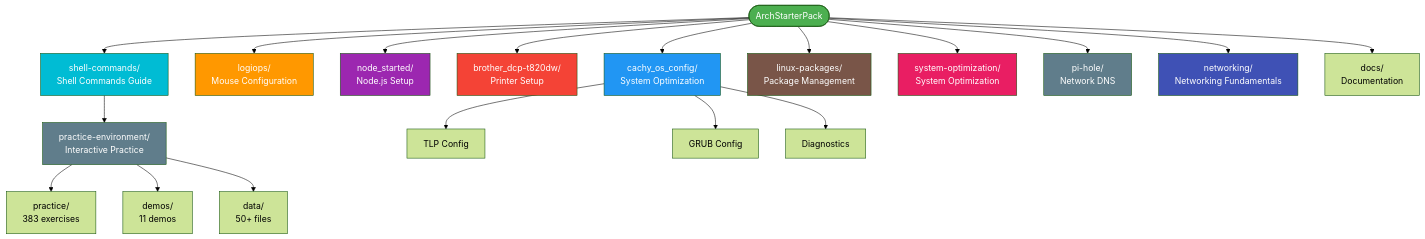
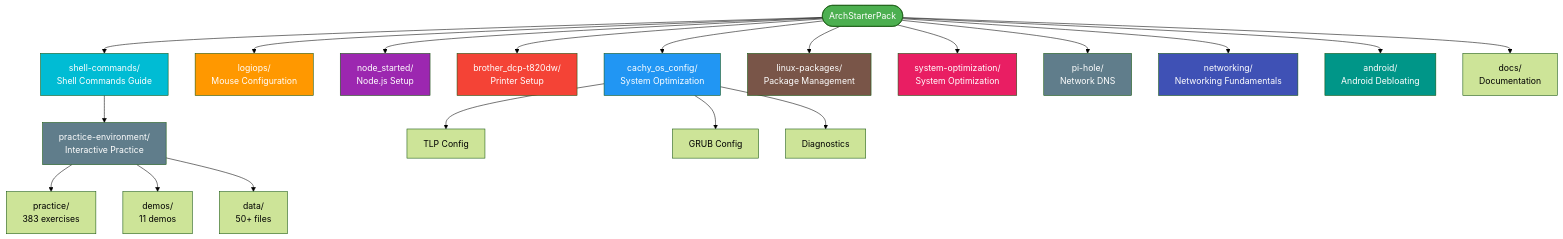
The first of 3 diagrams in README.md (cjmaaz/ArchStarterPack), drawn with Mermaid (forest theme) before and after one commit. The commit also changed other lines of this file and 12 other files, not shown here.

````diff
--- a/README.md
+++ b/README.md
@@ -719,34 +734,36 @@
 ```mermaid
 graph TD
     Root([ArchStarterPack]) --> Module1[cachy_os_config/<br/>System Optimization]
     Root --> Module2[logiops/<br/>Mouse Configuration]
     Root --> Module3[node_started/<br/>Node.js Setup]
     Root --> Module4[brother_dcp-t820dw/<br/>Printer Setup]
     Root --> Module5[shell-commands/<br/>Shell Commands Guide]
     Root --> Module6[linux-packages/<br/>Package Management]
     Root --> Module7[system-optimization/<br/>System Optimization]
     Root --> Module8[pi-hole/<br/>Network DNS]
     Root --> Module9[networking/<br/>Networking Fundamentals]
+    Root --> Module10[android/<br/>Android Debloating]
     Root --> Docs[docs/<br/>Documentation]
 
     Module5 --> PracticeEnv[practice-environment/<br/>Interactive Practice]
     PracticeEnv --> Practice[practice/<br/>383 exercises]
     PracticeEnv --> Demos[demos/<br/>11 demos]
     PracticeEnv --> Data[data/<br/>50+ files]
 
     Module1 --> Config1[TLP Config]
     Module1 --> Config2[GRUB Config]
     Module1 --> Diag[Diagnostics]
 
     style Root fill:#4caf50,color:#fff
     style Module1 fill:#2196f3,color:#fff
     style Module2 fill:#ff9800,color:#fff
     style Module3 fill:#9c27b0,color:#fff
     style Module4 fill:#f44336,color:#fff
     style Module5 fill:#00bcd4,color:#fff
     style Module6 fill:#795548,color:#fff
     style Module7 fill:#e91e63,color:#fff
     style Module8 fill:#607d8b,color:#fff
     style Module9 fill:#3f51b5,color:#fff
+    style Module10 fill:#009688,color:#fff
     style PracticeEnv fill:#607d8b,color:#fff
 ```
````
